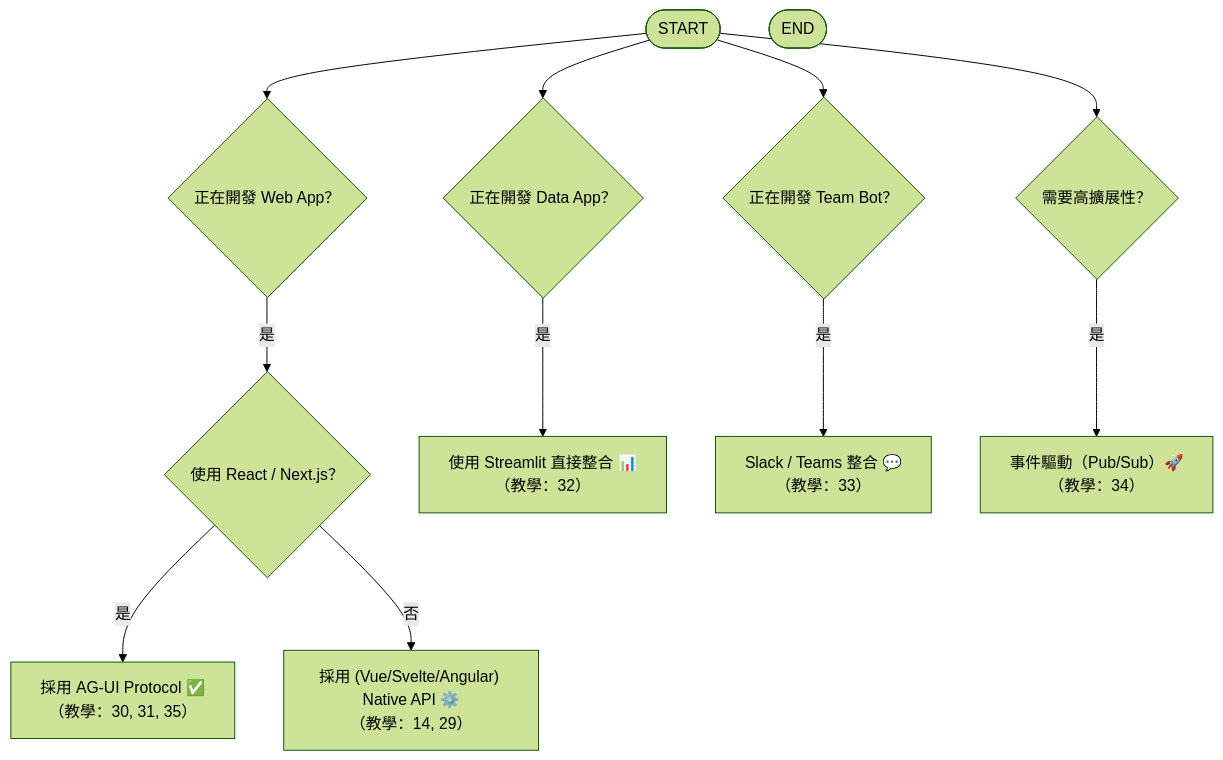
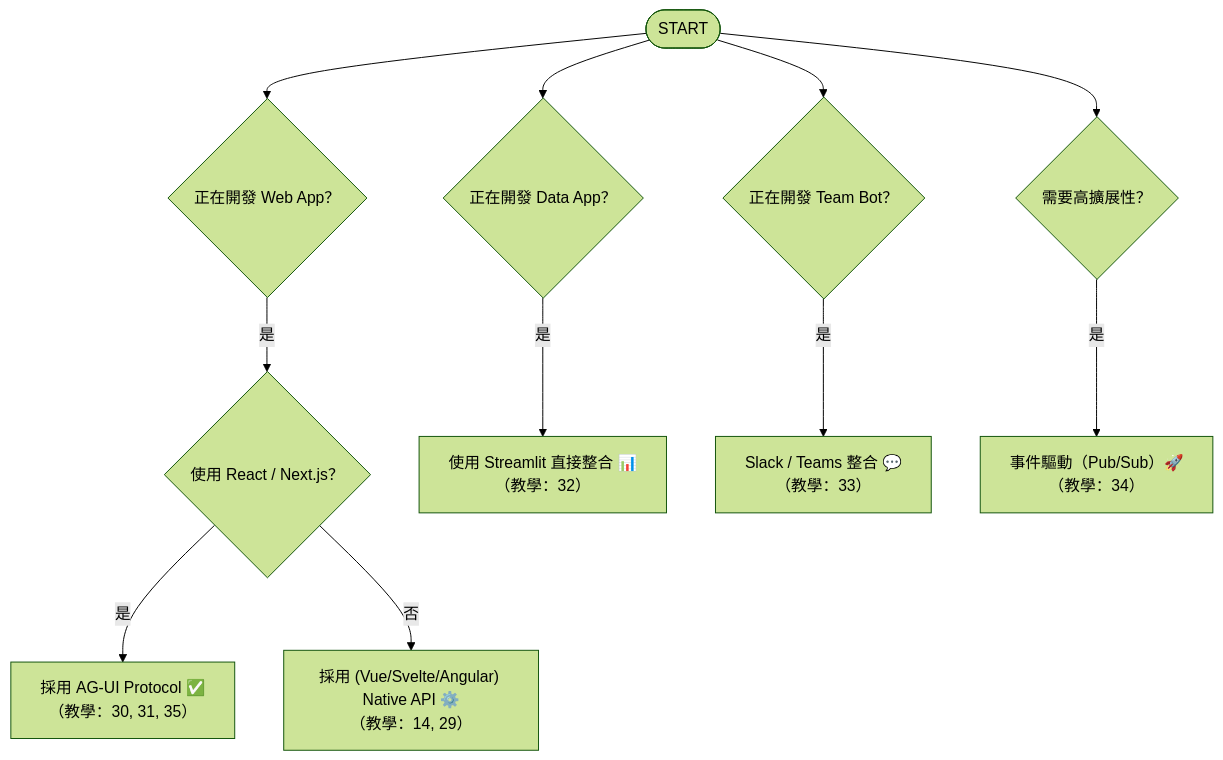
Before and after one commit to lastingyeh/google-adk-study: diagram 12 of 17 in workspace/notes/google-adk-training-hub/adk_training/29-ui_integration_intro.md, drawn with Mermaid (forest theme). The commit also changed 96 other files, not shown here.

````diff
--- a/workspace/notes/google-adk-training-hub/adk_training/29-ui_integration_intro.md
+++ b/workspace/notes/google-adk-training-hub/adk_training/29-ui_integration_intro.md
@@ -1033,39 +1033,39 @@
 ```mermaid
 flowchart TD
 
     START(["START"]) --> A
 
     %% 第一層：是否開發 Web App？
     A{"正在開發 Web App？"} -->|是| B1
 
 
     %% 第二層：Web 技術選擇
     B1{"使用 React / Next.js？"} -->|是| B2
     B1 -->|否| B3
 
     B2["採用 AG-UI Protocol ✅<br/>（教學：30, 31, 35）"]
     B3["採用 (Vue/Svelte/Angular) Native API ⚙️<br/>（教學：14, 29）"]
 
     START(["START"]) --> C
 
     %% 第二條主線：Data App
     C{"正在開發 Data App？"} -->|是| D1
 
     D1["使用 Streamlit 直接整合 📊<br/>（教學：32）"]
 
     START(["START"]) --> E
 
     %% 第三條主線：Team Bot
     E{"正在開發 Team Bot？"} -->|是| F1
 
     F1["Slack / Teams 整合 💬<br/>（教學：33）"]
 
     START(["START"]) --> G
 
     %% 第四條主線：高擴展性
     G{"需要高擴展性？"} -->|是| H1
 
     H1["事件驅動（Pub/Sub）🚀<br/>（教學：34）"]
 
-    END(["END"])
+    
 ```
````
